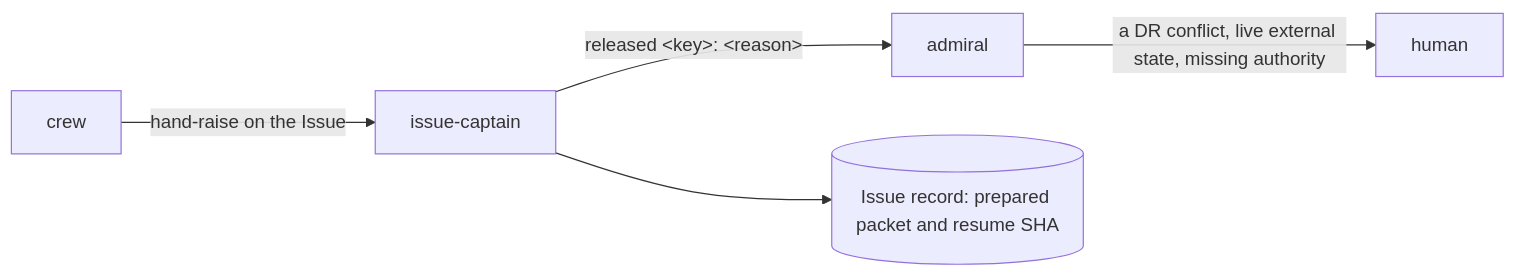
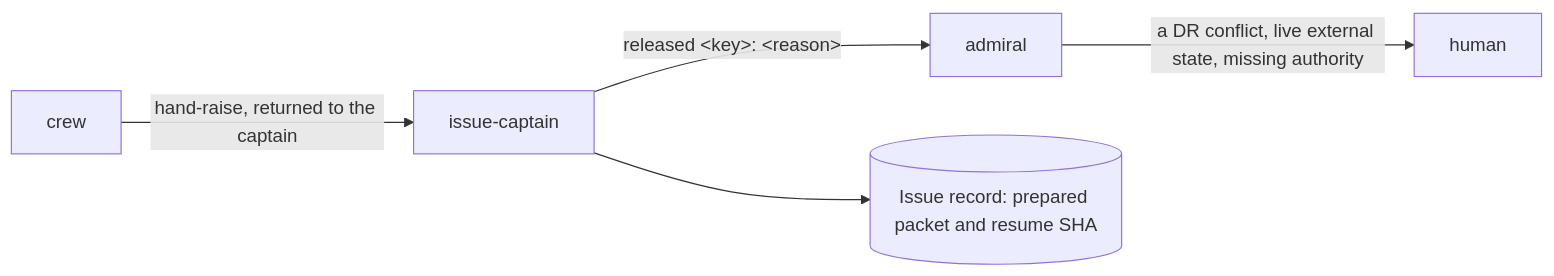
One commit to bodnarbalazs/dydo changed the tenth of 12 diagrams in dydo/understand/control-flow.md. Above: the diagram before and after it, drawn with Mermaid. The commit also changed other lines of this file and 11 other files, not shown here.

First line of the commit message:
DYD-253 fix: prose hypotheses, atomic-PR click and crew hand-raise by return

````diff
--- a/dydo/understand/control-flow.md
+++ b/dydo/understand/control-flow.md
@@ -585,7 +586,7 @@
 ```mermaid
 flowchart LR
-  W[crew] -->|hand-raise on the Issue| C[issue-captain]
+  W[crew] -->|hand-raise, returned to the captain| C[issue-captain]
   C -->|released &lt;key&gt;: &lt;reason&gt;| A[admiral]
   C --> R[(Issue record: prepared packet and resume SHA)]
   A -->|a DR conflict, live external state, missing authority| H[human]
 ```
````
